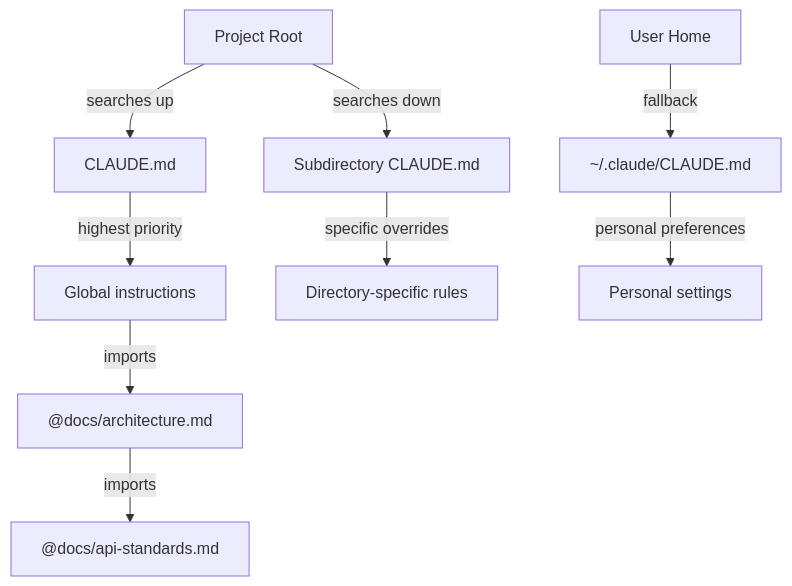
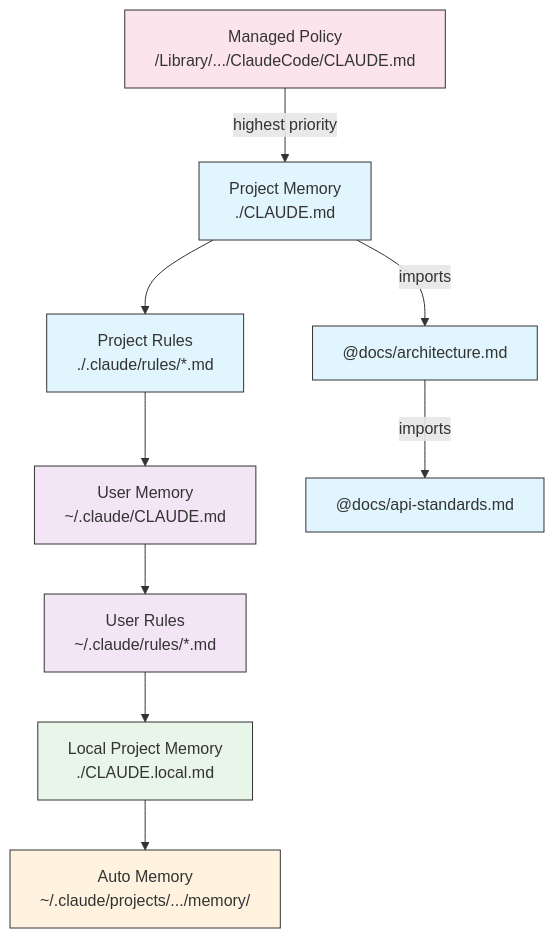
One commit to omnimasudo/croft-howto changed the second of 5 diagrams in 02-memory/README.md. Above: the diagram before and after it, drawn with Mermaid. The commit also changed other lines of this file and 25 other files, not shown here.

First line of the commit message:
docs: Sync all documentation with Claude Code February 2026 features

````diff
--- a/02-memory/README.md
+++ b/02-memory/README.md
@@ -233,12 +247,22 @@
 ```mermaid
 graph TD
-    A["Project Root"] -->|searches up| B["CLAUDE.md"]
-    B -->|highest priority| B1["Global instructions"]
-    A -->|searches down| C["Subdirectory CLAUDE.md"]
-    C -->|specific overrides| C1["Directory-specific rules"]
-    H["User Home"] -->|fallback| D["~/.claude/CLAUDE.md"]
-    D -->|personal preferences| D1["Personal settings"]
+    A["Managed Policy<br/>/Library/.../ClaudeCode/CLAUDE.md"] -->|highest priority| B["Project Memory<br/>./CLAUDE.md"]
+    B --> C["Project Rules<br/>./.claude/rules/*.md"]
+    C --> D["User Memory<br/>~/.claude/CLAUDE.md"]
+    D --> E["User Rules<br/>~/.claude/rules/*.md"]
+    E --> F["Local Project Memory<br/>./CLAUDE.local.md"]
+    F --> G["Auto Memory<br/>~/.claude/projects/.../memory/"]
 
-    B1 -->|imports| E["@docs/architecture.md"]
-    E -->|imports| F["@docs/api-standards.md"]
+    B -->|imports| H["@docs/architecture.md"]
+    H -->|imports| I["@docs/api-standards.md"]
+
+    style A fill:#fce4ec,stroke:#333,color:#333
+    style B fill:#e1f5fe,stroke:#333,color:#333
+    style C fill:#e1f5fe,stroke:#333,color:#333
+    style D fill:#f3e5f5,stroke:#333,color:#333
+    style E fill:#f3e5f5,stroke:#333,color:#333
+    style F fill:#e8f5e9,stroke:#333,color:#333
+    style G fill:#fff3e0,stroke:#333,color:#333
+    style H fill:#e1f5fe,stroke:#333,color:#333
+    style I fill:#e1f5fe,stroke:#333,color:#333
 ```
````
